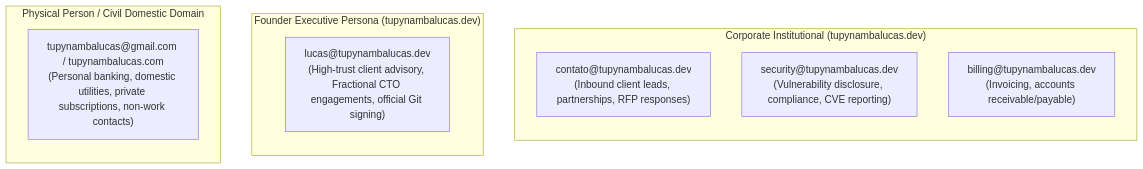
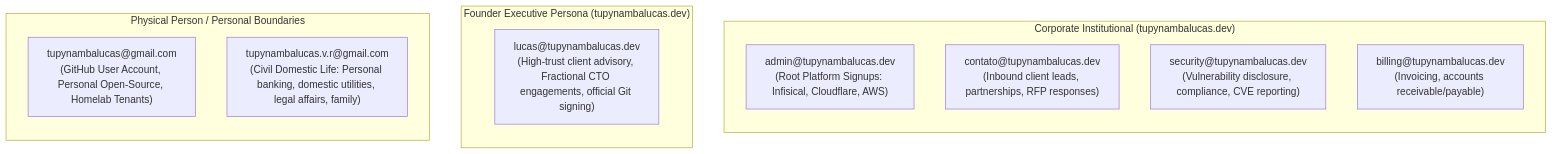
One commit to tupynambalucas-dev/.github changed the fourth of 5 diagrams in .agents/plans/enterprise-identity-and-multi-platform-nomenclature-master-plan.md. Above: the diagram before and after it, drawn with Mermaid. The commit also changed other lines of this file, not shown here.

````diff
--- a/.agents/plans/enterprise-identity-and-multi-platform-nomenclature-master-plan.md
+++ b/.agents/plans/enterprise-identity-and-multi-platform-nomenclature-master-plan.md
@@ -359,19 +368,21 @@
 ```mermaid
 flowchart TD
   subgraph CorporateInboxes ["Corporate Institutional (tupynambalucas.dev)"]
     direction TB
+    C_Admin["admin@tupynambalucas.dev<br/>(Root Platform Signups: Infisical, Cloudflare, AWS)"]
     C_Contato["contato@tupynambalucas.dev<br/>(Inbound client leads, partnerships, RFP responses)"]
     C_Sec["security@tupynambalucas.dev<br/>(Vulnerability disclosure, compliance, CVE reporting)"]
     C_Bill["billing@tupynambalucas.dev<br/>(Invoicing, accounts receivable/payable)"]
   end
 
   subgraph FounderExec ["Founder Executive Persona (tupynambalucas.dev)"]
     direction TB
     F_Lucas["lucas@tupynambalucas.dev<br/>(High-trust client advisory, Fractional CTO engagements, official Git signing)"]
   end
 
-  subgraph CivilPersonal ["Physical Person / Civil Domestic Domain"]
+  subgraph PhysicalPersonIdentities ["Physical Person / Personal Boundaries"]
     direction TB
-    P_Personal["tupynambalucas@gmail.com / tupynambalucas.com<br/>(Personal banking, domestic utilities, private subscriptions, non-work contacts)"]
+    P_Tech["tupynambalucas@gmail.com<br/>(GitHub User Account, Personal Open-Source, Homelab Tenants)"]
+    P_Civil["tupynambalucas.v.r@gmail.com<br/>(Civil Domestic Life: Personal banking, domestic utilities, legal affairs, family)"]
   end
 ```
````
